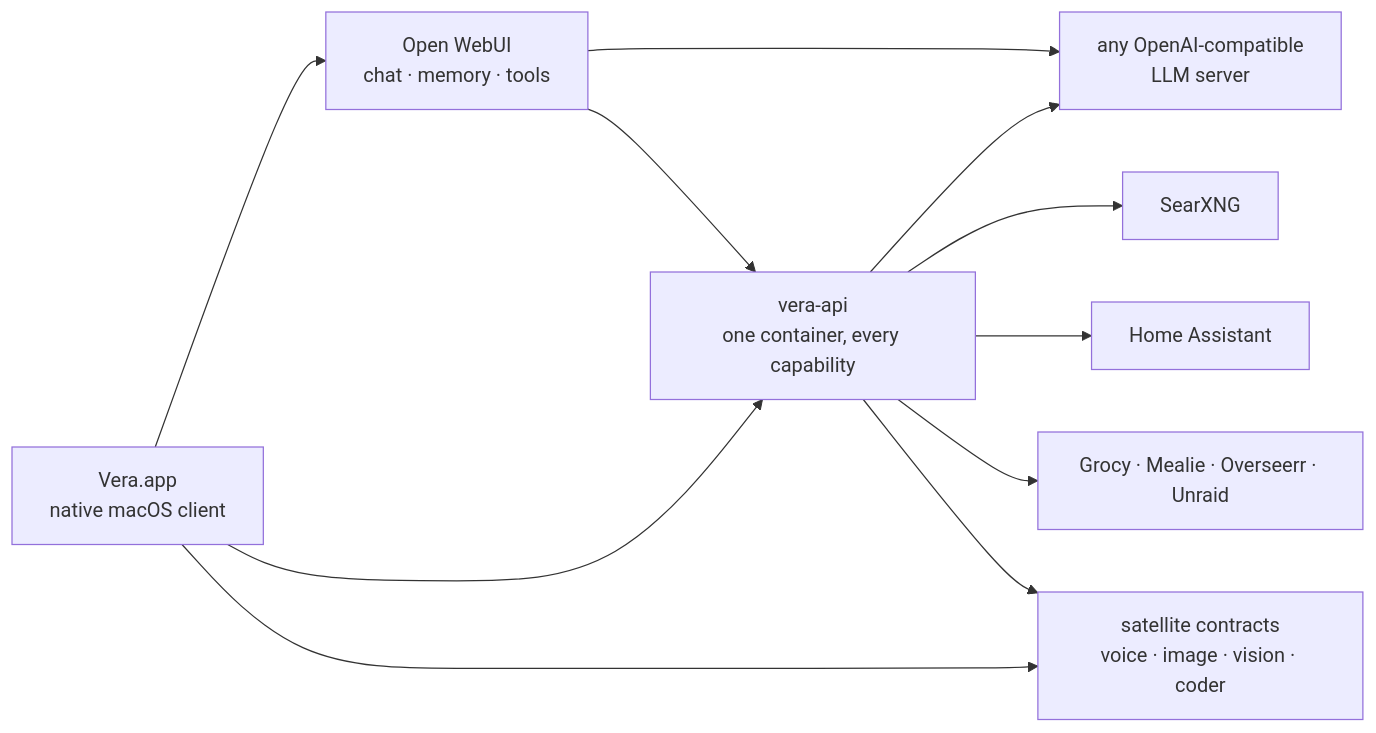
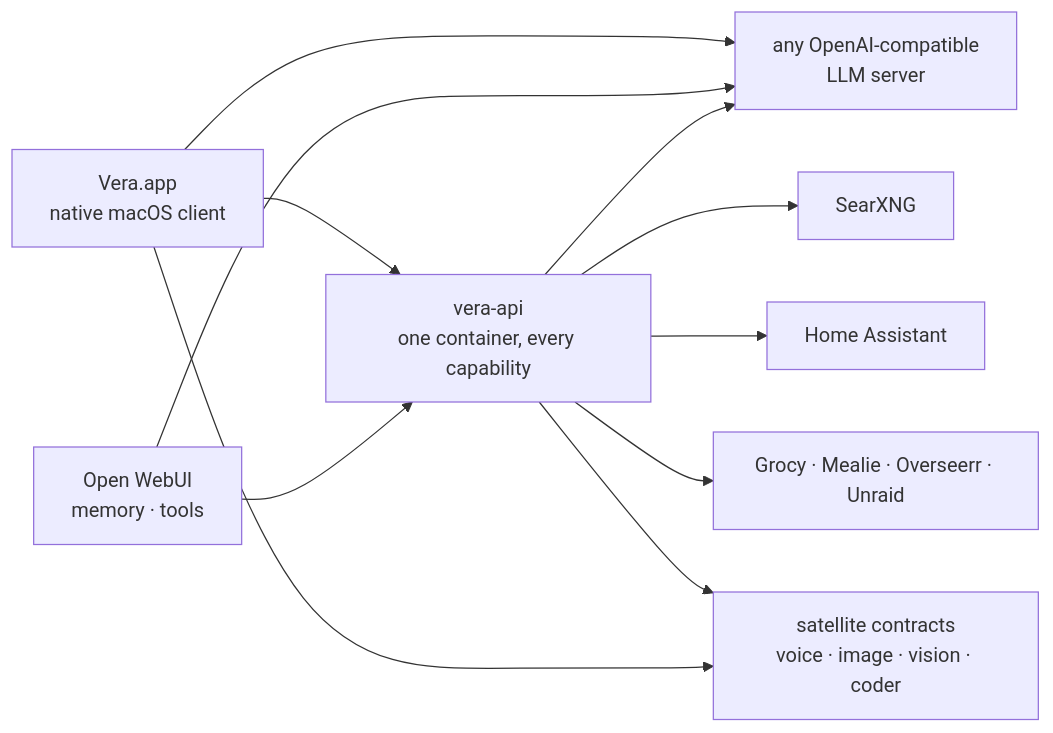
One commit to DisplacedForest/vera changed the diagram in README.md. Above: the diagram before and after it, drawn with Mermaid. The commit also changed other lines of this file and 27 other files, not shown here.

````diff
--- a/README.md
+++ b/README.md
@@ -33,21 +34,22 @@
 ```mermaid
 flowchart LR
     APP["Vera.app<br/>native macOS client"]
-    OWUI["Open WebUI<br/>chat · memory · tools"]
+    OWUI["Open WebUI<br/>memory · tools"]
     LLM["any OpenAI-compatible<br/>LLM server"]
     API["vera-api<br/>one container, every capability"]
     SEARX["SearXNG"]
     HA["Home Assistant"]
     INT["Grocy · Mealie · Overseerr · Unraid"]
     SAT["satellite contracts<br/>voice · image · vision · coder"]
 
-    APP --> OWUI --> LLM
+    APP --> LLM
+    OWUI --> LLM
     APP --> API
     OWUI --> API
     API --> LLM
     API --> SEARX
     API --> HA
     API --> INT
     API --> SAT
     APP --> SAT
 ```
````
